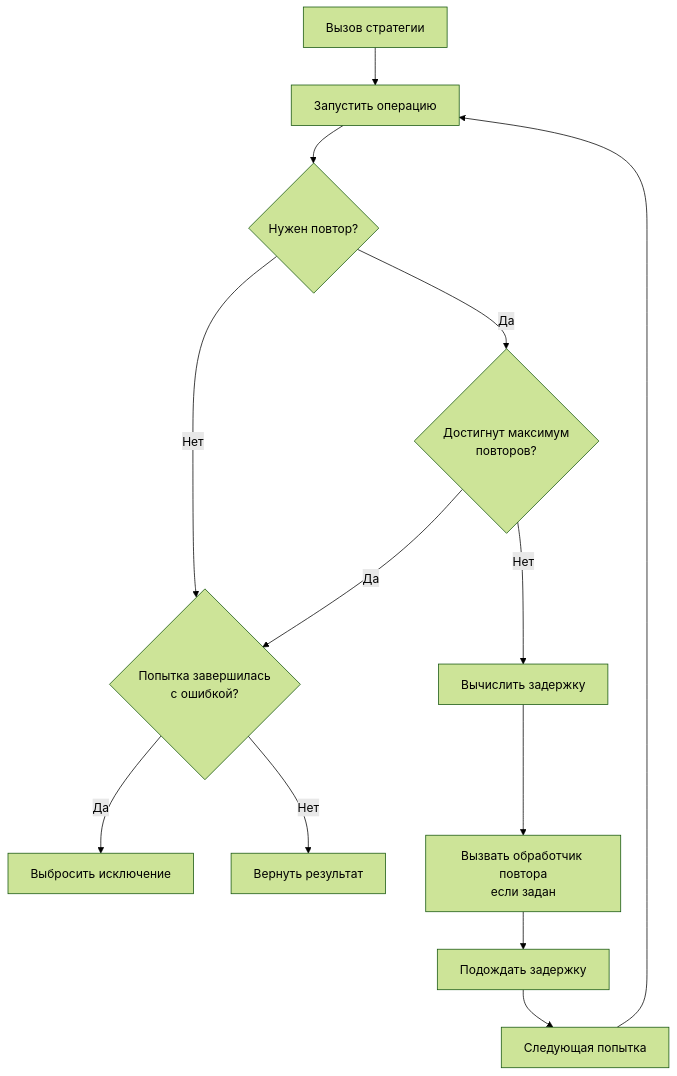
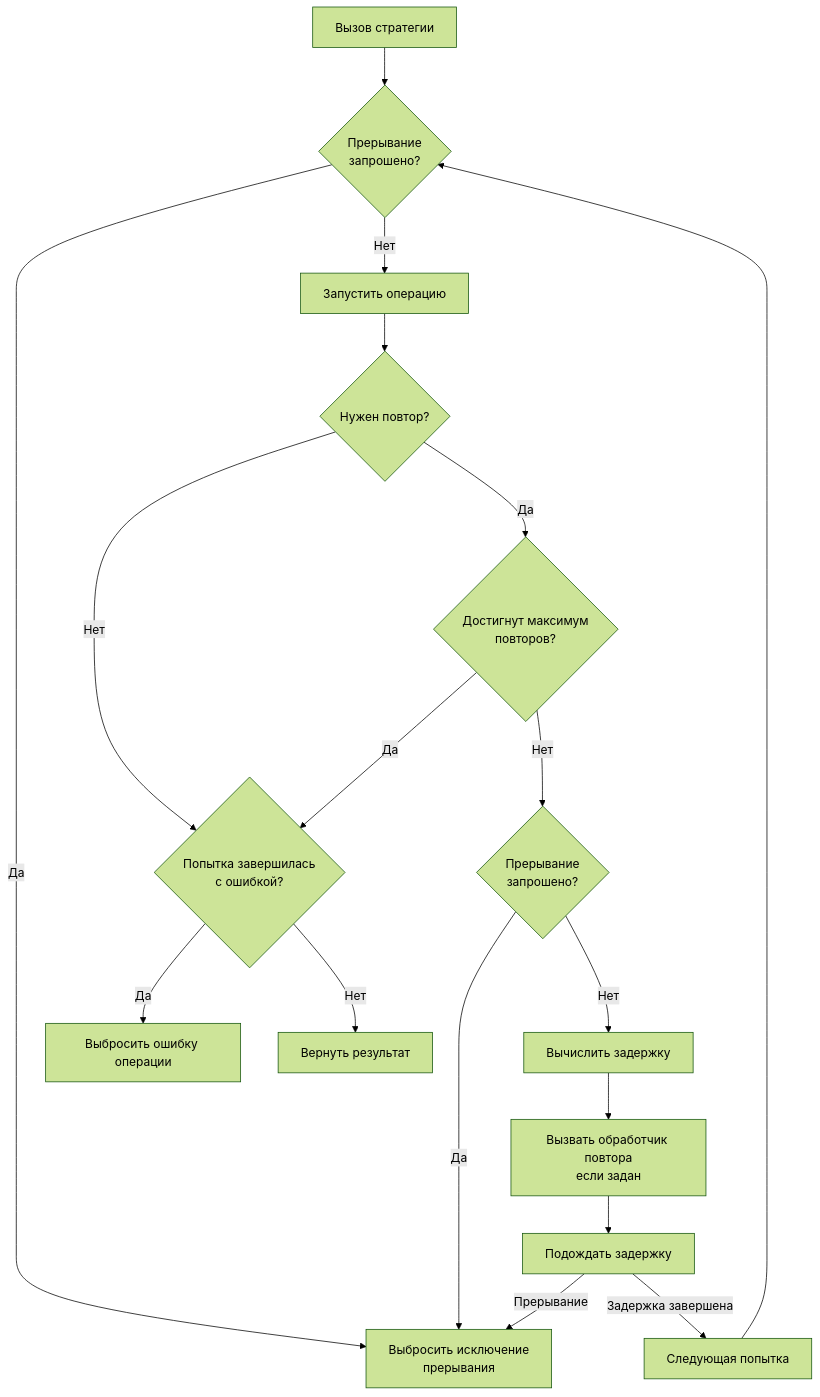
The diagram in docs/СтратегияПовтора.md (Stivo182/oscript-resilience), drawn with Mermaid (forest theme) before and after one commit. The commit also changed other lines of this file and 3 other files, not shown here.

````diff
--- a/docs/СтратегияПовтора.md
+++ b/docs/СтратегияПовтора.md
@@ -33,15 +33,20 @@
 ```mermaid
 flowchart TD
-    A[Вызов стратегии] --> B[Запустить операцию]
-    B --> D{Нужен повтор?}
-    D -- Нет --> E{Попытка завершилась<br/>с ошибкой?}
-    E -- Да --> F[Выбросить исключение]
-    E -- Нет --> G[Вернуть результат]
-    D -- Да --> H{Достигнут максимум<br/>повторов?}
-    H -- Да --> E
-    H -- Нет --> I[Вычислить задержку]
-    I --> J[Вызвать обработчик повтора<br/>если задан]
-    J --> K[Подождать задержку]
-    K --> L[Следующая попытка]
-    L --> B
+    A[Вызов стратегии] --> B{Прерывание<br/>запрошено?}
+    B -- Да --> C[Выбросить исключение<br/>прерывания]
+    B -- Нет --> D[Запустить операцию]
+    D --> E{Нужен повтор?}
+    E -- Нет --> F{Попытка завершилась<br/>с ошибкой?}
+    F -- Да --> G[Выбросить ошибку операции]
+    F -- Нет --> H[Вернуть результат]
+    E -- Да --> I{Достигнут максимум<br/>повторов?}
+    I -- Да --> F
+    I -- Нет --> J{Прерывание<br/>запрошено?}
+    J -- Да --> C
+    J -- Нет --> K[Вычислить задержку]
+    K --> L[Вызвать обработчик повтора<br/>если задан]
+    L --> M[Подождать задержку]
+    M -- Прерывание --> C
+    M -- Задержка завершена --> N[Следующая попытка]
+    N --> B
 ```
````
